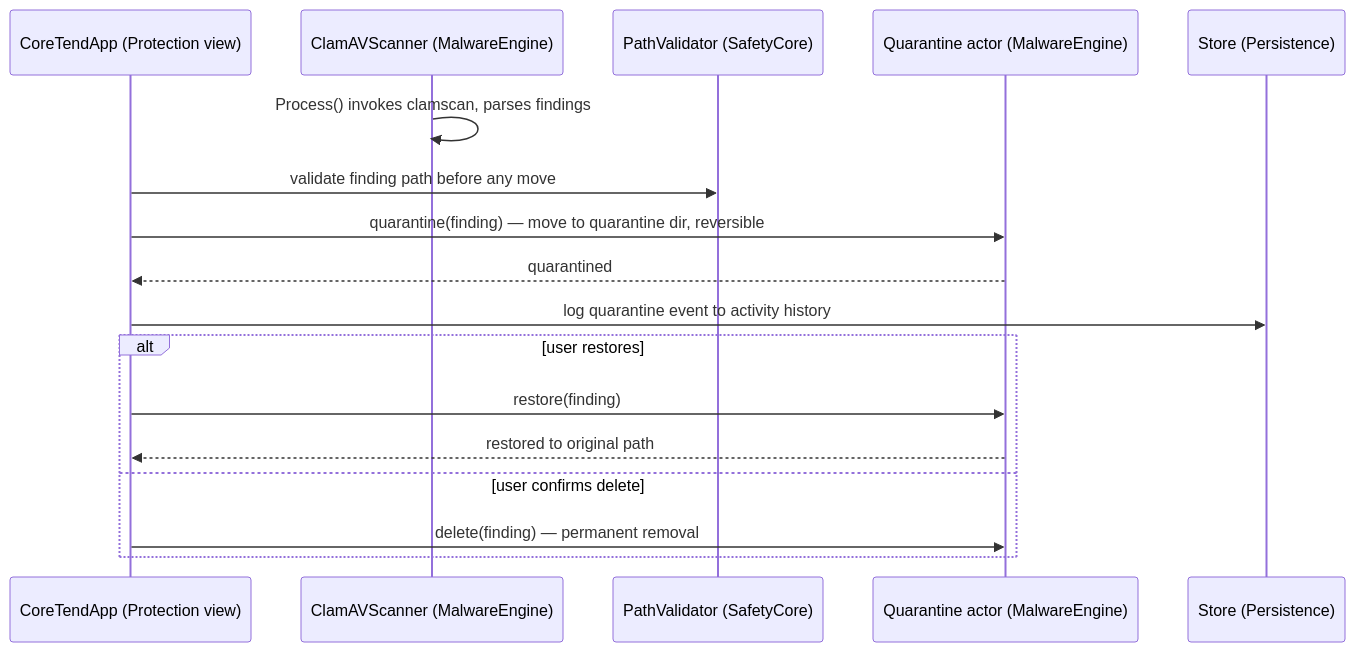
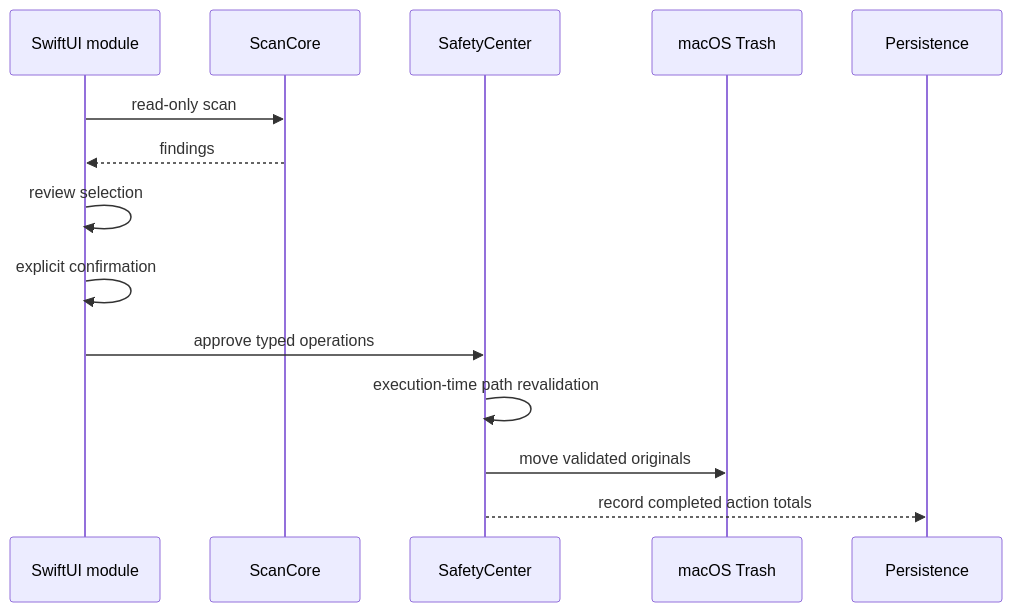
One commit to ahmetbsbnr/coretend changed the second of 2 diagrams in Documentation/ARCHITECTURE_INVENTORY.md. Above: the diagram before and after it, drawn with Mermaid. The commit also changed other lines of this file and 117 other files, not shown here.

````diff
--- a/Documentation/ARCHITECTURE_INVENTORY.md
+++ b/Documentation/ARCHITECTURE_INVENTORY.md
@@ -98,20 +43,16 @@
 ```mermaid
 sequenceDiagram
-    participant UI as CoreTendApp (Protection view)
-    participant ME as ClamAVScanner (MalwareEngine)
-    participant PV as PathValidator (SafetyCore)
-    participant Q as Quarantine actor (MalwareEngine)
-    participant ST as Store (Persistence)
-
-    ME->>ME: Process() invokes clamscan, parses findings
-    UI->>PV: validate finding path before any move
-    UI->>Q: quarantine(finding) — move to quarantine dir, reversible
-    Q-->>UI: quarantined
-    UI->>ST: log quarantine event to activity history
-    alt user restores
-        UI->>Q: restore(finding)
-        Q-->>UI: restored to original path
-    else user confirms delete
-        UI->>Q: delete(finding) — permanent removal
-    end
+    participant UI as SwiftUI module
+    participant Scan as ScanCore
+    participant Safety as SafetyCenter
+    participant Trash as macOS Trash
+    participant Store as Persistence
+    UI->>Scan: read-only scan
+    Scan-->>UI: findings
+    UI->>UI: review selection
+    UI->>UI: explicit confirmation
+    UI->>Safety: approve typed operations
+    Safety->>Safety: execution-time path revalidation
+    Safety->>Trash: move validated originals
+    Safety-->>Store: record completed action totals
 ```
````
